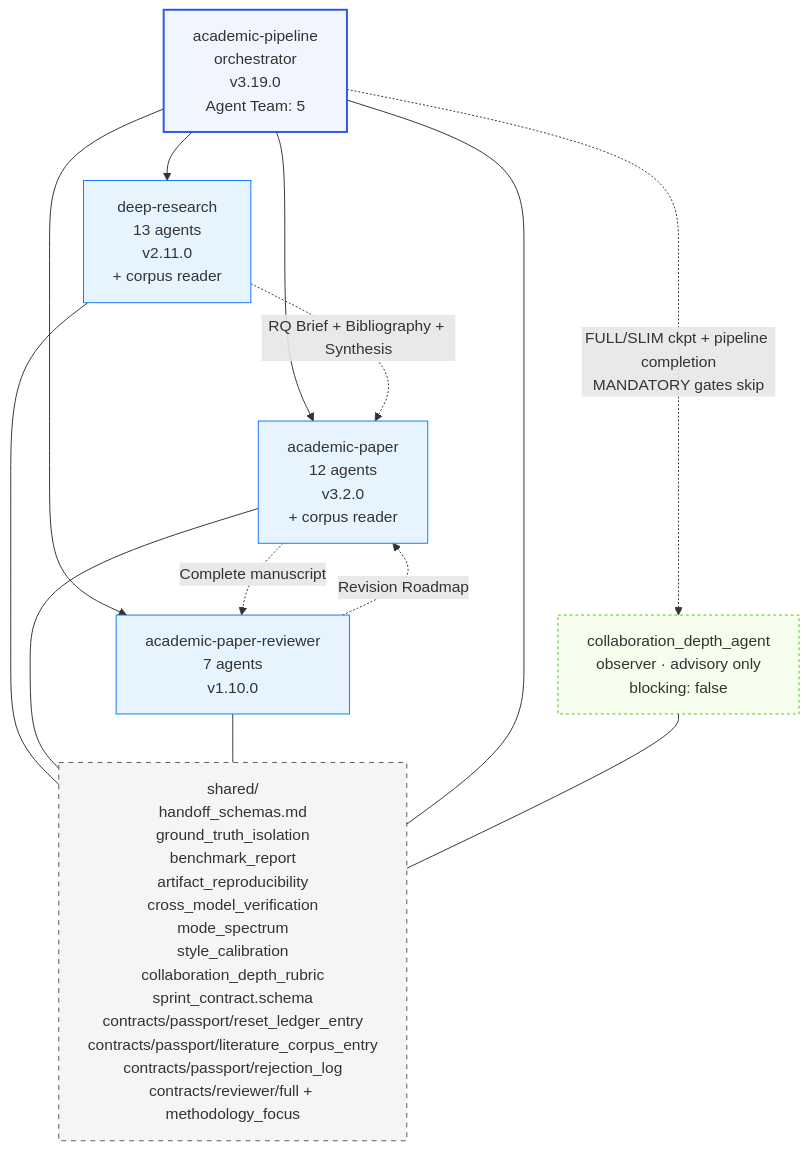
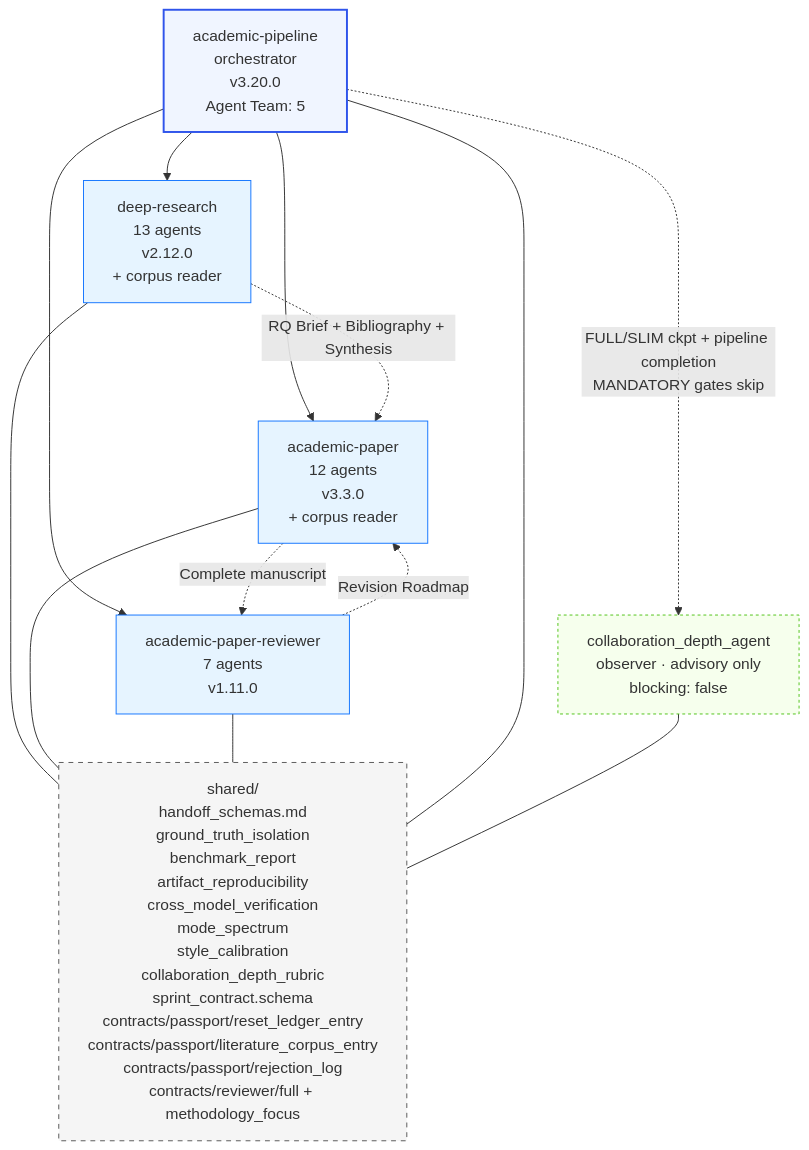
One commit to Imbad0202/academic-research-skills-codex changed the fourth of 5 diagrams in skills/academic-research-suite/ars/docs/ARCHITECTURE.md. Above: the diagram before and after it, drawn with Mermaid. The commit also changed other lines of this file and 1155 other files, not shown here.

````diff
--- a/skills/academic-research-suite/ars/docs/ARCHITECTURE.md
+++ b/skills/academic-research-suite/ars/docs/ARCHITECTURE.md
@@ -201,31 +201,31 @@
 ```mermaid
 graph TD
-    Pipeline[academic-pipeline<br/>orchestrator<br/>v3.19.0<br/>Agent Team: 5]
+    Pipeline[academic-pipeline<br/>orchestrator<br/>v3.20.0<br/>Agent Team: 5]
     Observer[collaboration_depth_agent<br/>observer · advisory only<br/>blocking: false]
-    DR[deep-research<br/>13 agents<br/>v2.11.0<br/>+ corpus reader]
-    AP[academic-paper<br/>12 agents<br/>v3.2.0<br/>+ corpus reader]
-    APR[academic-paper-reviewer<br/>7 agents<br/>v1.10.0]
+    DR[deep-research<br/>13 agents<br/>v2.12.0<br/>+ corpus reader]
+    AP[academic-paper<br/>12 agents<br/>v3.3.0<br/>+ corpus reader]
+    APR[academic-paper-reviewer<br/>7 agents<br/>v1.11.0]
     Shared[shared/<br/>handoff_schemas.md<br/>ground_truth_isolation<br/>benchmark_report<br/>artifact_reproducibility<br/>cross_model_verification<br/>mode_spectrum<br/>style_calibration<br/>collaboration_depth_rubric<br/>sprint_contract.schema<br/>contracts/passport/reset_ledger_entry<br/>contracts/passport/literature_corpus_entry<br/>contracts/passport/rejection_log<br/>contracts/reviewer/full + methodology_focus]
 
     Pipeline --> DR
     Pipeline --> AP
     Pipeline --> APR
     Pipeline -. "FULL/SLIM ckpt + pipeline completion<br/>MANDATORY gates skip" .-> Observer
     DR -. "RQ Brief + Bibliography + Synthesis" .-> AP
     AP -. "Complete manuscript" .-> APR
     APR -. "Revision Roadmap" .-> AP
     DR --- Shared
     AP --- Shared
     APR --- Shared
     Pipeline --- Shared
     Observer --- Shared
 
     classDef orch fill:#f0f5ff,stroke:#2f54eb,stroke-width:2px
     classDef skill fill:#e6f4ff,stroke:#1677ff
     classDef shared fill:#f5f5f5,stroke:#595959,stroke-dasharray:5 5
     classDef observer fill:#f6ffed,stroke:#52c41a,stroke-dasharray:3 3
     class Pipeline orch
     class DR,AP,APR skill
     class Shared shared
     class Observer observer
 ```
````
